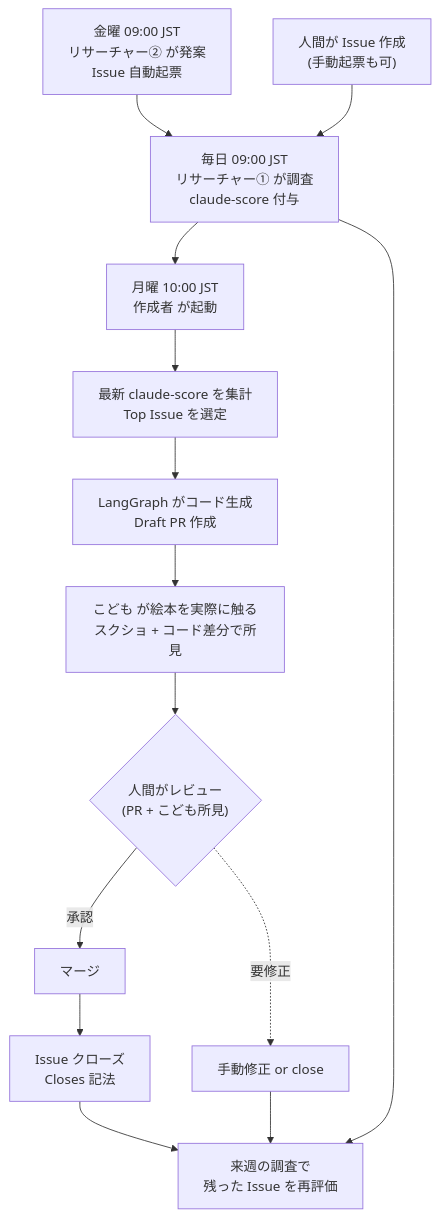
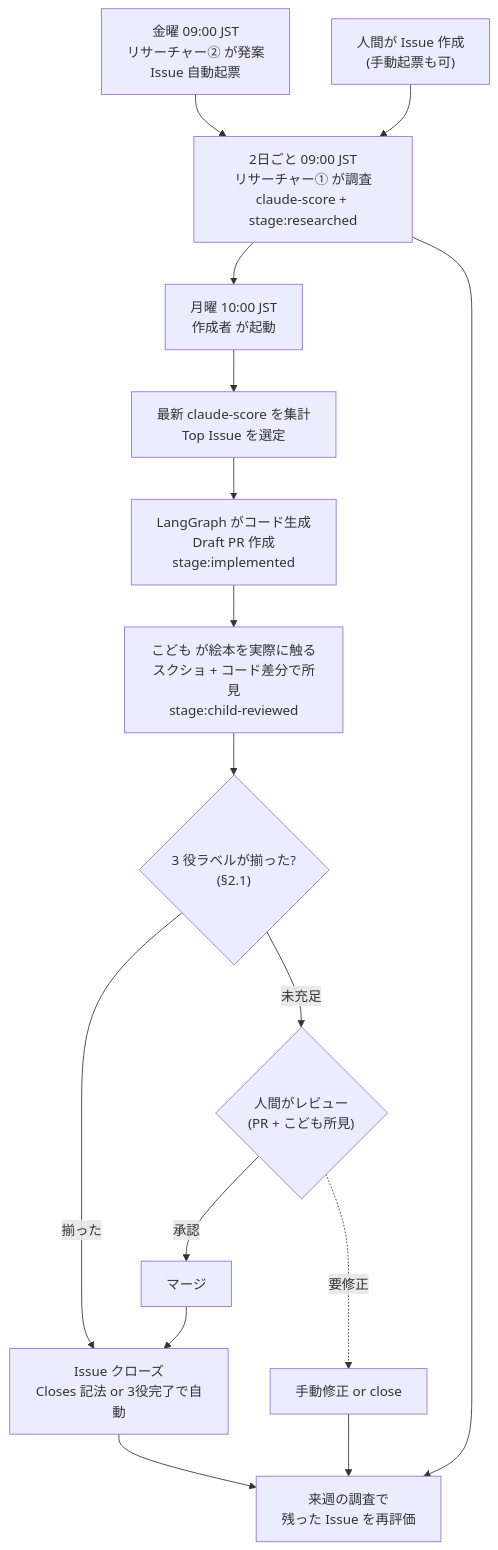
The tenth of 11 diagrams in docs/automation/agent-pipeline.md (yk0817/baby-ehon), drawn with Mermaid before and after one commit. The commit also changed other lines of this file, not shown here.

````diff
--- a/docs/automation/agent-pipeline.md
+++ b/docs/automation/agent-pipeline.md
@@ -887,29 +940,32 @@
 ```mermaid
 flowchart TD
     Propose["金曜 09:00 JST<br>リサーチャー② が発案<br>Issue 自動起票"]
     Manual["人間が Issue 作成<br>(手動起票も可)"]
-    Day1["毎日 09:00 JST<br>リサーチャー① が調査<br>claude-score 付与"]
+    Day1["2日ごと 09:00 JST<br>リサーチャー① が調査<br>claude-score + stage:researched"]
     Mon["月曜 10:00 JST<br>作成者 が起動"]
     Pick["最新 claude-score を集計<br>Top Issue を選定"]
-    Code["LangGraph がコード生成<br>Draft PR 作成"]
-    ChildR["こども が絵本を実際に触る<br>スクショ + コード差分で所見"]
+    Code["LangGraph がコード生成<br>Draft PR 作成<br>stage:implemented"]
+    ChildR["こども が絵本を実際に触る<br>スクショ + コード差分で所見<br>stage:child-reviewed"]
+    AutoClose{"3 役ラベルが揃った?<br>(§2.1)"}
     Review{"人間がレビュー<br>(PR + こども所見)"}
     Merge["マージ"]
     Fix["手動修正 or close"]
-    Close["Issue クローズ<br>Closes 記法"]
+    Close["Issue クローズ<br>Closes 記法 or 3役完了で自動"]
     Next["来週の調査で<br>残った Issue を再評価"]
 
     Propose --> Day1
     Manual --> Day1
     Day1 --> Mon
     Mon --> Pick
     Pick --> Code
     Code --> ChildR
-    ChildR --> Review
+    ChildR --> AutoClose
+    AutoClose -->|揃った| Close
+    AutoClose -->|未充足| Review
     Review -->|承認| Merge
     Review -.->|要修正| Fix
     Merge --> Close
     Close --> Next
     Fix --> Next
     Day1 --> Next
 ```
````
